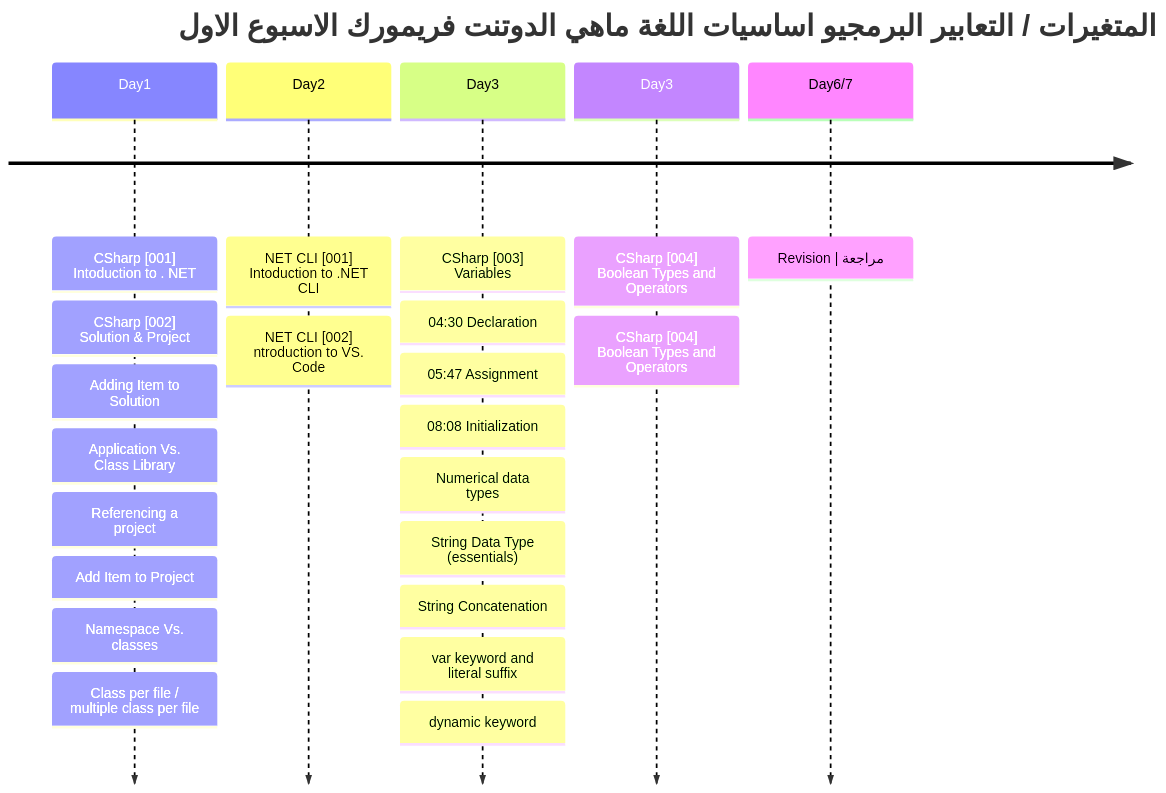
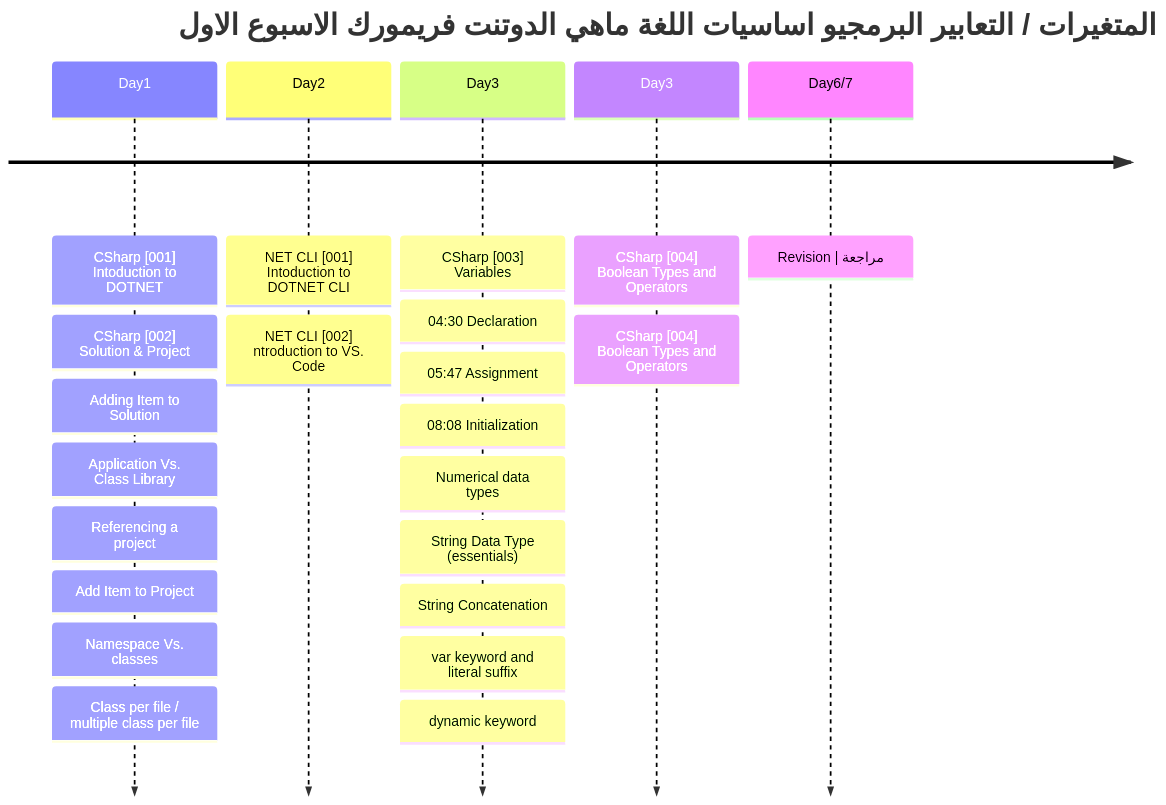
One commit to metigator/Roadmap changed the first of 3 diagrams in README.md. Above: the diagram before and after it, drawn with Mermaid.

````diff
--- a/README.md
+++ b/README.md
@@ -1,26 +1,26 @@
 ```mermaid
 timeline
     title  المتغيرات / التعابير البرمجيو اساسيات اللغة ماهي الدوتنت فريمورك  الاسبوع الاول
-    Day1 : CSharp [001] Intoduction to . NET
+    Day1 : CSharp [001] Intoduction to DOTNET
          : CSharp [002] Solution & Project
          : Adding Item to Solution
          : Application Vs. Class Library
          : Referencing a project
          : Add Item to Project
          : Namespace Vs. classes
          : Class per file / multiple class per file
-    Day2 : NET CLI [001] Intoduction to .NET CLI
+    Day2 : NET CLI [001] Intoduction to DOTNET CLI
          : NET CLI [002] ntroduction to VS. Code
     Day3 : CSharp [003] Variables 
          : 04:30 Declaration
          : 05:47 Assignment
          : 08:08 Initialization
          : Numerical data types
          : String Data Type (essentials)
          : String Concatenation
          : var keyword and literal suffix
          : dynamic keyword
     Day3 : CSharp [004] Boolean Types and Operators
          : CSharp [004] Boolean Types and Operators
   Day6/7 : Revision | مراجعة 
 ```
````
